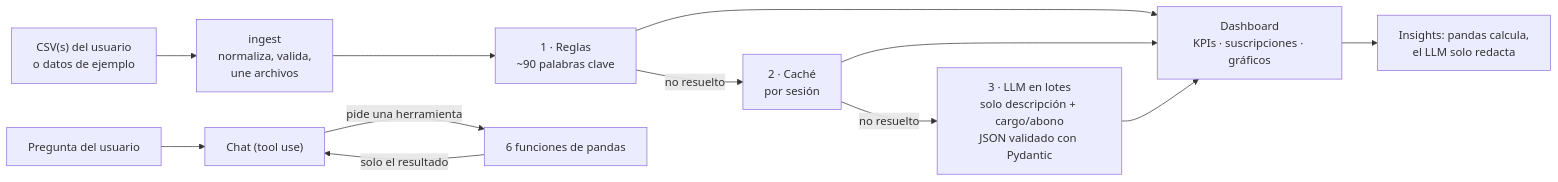
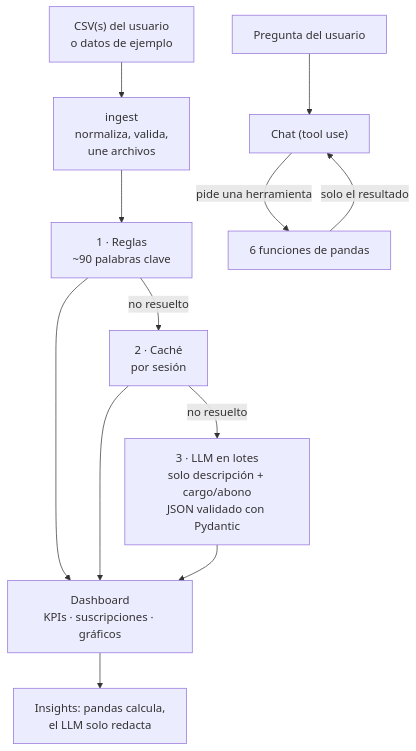
One commit to JJva-06/finanzas-ia changed the diagram in README.md. Above: the diagram before and after it, drawn with Mermaid.

Commit message:
docs: diagrama de arquitectura vertical para que se lea en GitHub

````diff
--- a/README.md
+++ b/README.md
@@ -24,14 +24,14 @@
 ```mermaid
-flowchart LR
+flowchart TD
     CSV["CSV(s) del usuario<br/>o datos de ejemplo"] --> I["ingest<br/>normaliza, valida,<br/>une archivos"]
     I --> R["1 · Reglas<br/>~90 palabras clave"]
     R -- no resuelto --> C["2 · Caché<br/>por sesión"]
     C -- no resuelto --> L["3 · LLM en lotes<br/>solo descripción + cargo/abono<br/>JSON validado con Pydantic"]
     R --> D["Dashboard<br/>KPIs · suscripciones · gráficos"]
     C --> D
     L --> D
     D --> N["Insights: pandas calcula,<br/>el LLM solo redacta"]
     U["Pregunta del usuario"] --> Q["Chat (tool use)"]
     Q -- "pide una herramienta" --> T["6 funciones de pandas"]
     T -- "solo el resultado" --> Q
 ```
````
